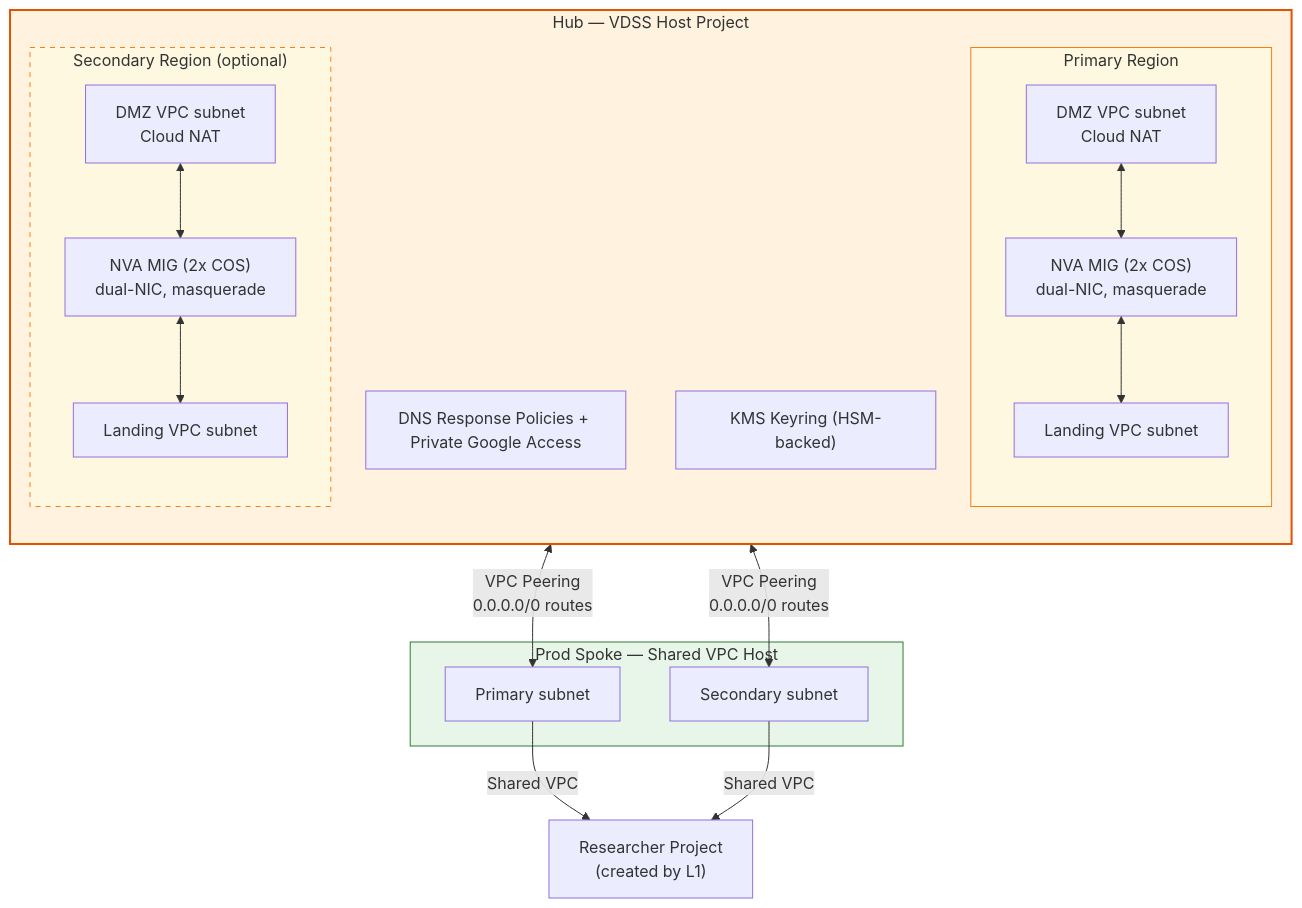
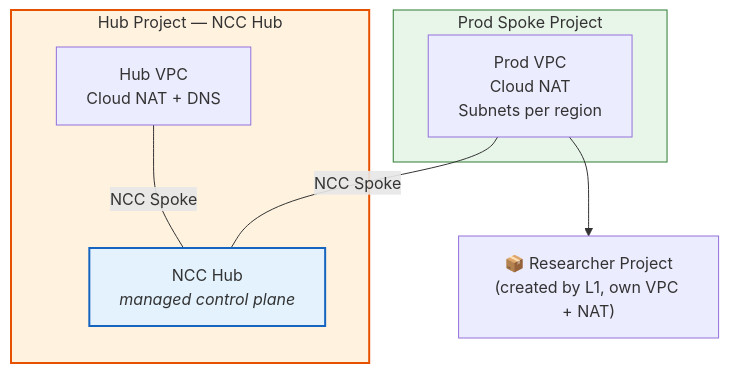
The third of 4 diagrams in README.md (WandLZhang/fast-science-0-stellar-engine), drawn with Mermaid before and after one commit. The commit also changed other lines of this file and 171 other files, not shown here.

````diff
--- a/README.md
+++ b/README.md
@@ -442,36 +445,20 @@
 ```mermaid
 graph TB
-    subgraph HUB["Hub — VDSS Host Project"]
-        direction TB
-        subgraph PRIMARY_REGION["Primary Region"]
-            DMZ1["DMZ VPC subnet<br/>Cloud NAT"]
-            NVA1["NVA MIG (2x COS)<br/>dual-NIC, masquerade"]
-            LAND1["Landing VPC subnet"]
-            DMZ1 <--> NVA1 <--> LAND1
-        end
-        subgraph SECONDARY_REGION["Secondary Region (optional)"]
-            DMZ2["DMZ VPC subnet<br/>Cloud NAT"]
-            NVA2["NVA MIG (2x COS)<br/>dual-NIC, masquerade"]
-            LAND2["Landing VPC subnet"]
-            DMZ2 <--> NVA2 <--> LAND2
-        end
-        DNS["DNS Response Policies + Private Google Access"]
-        KMS["KMS Keyring (HSM-backed)"]
+    subgraph HUB["Hub Project — NCC Hub"]
+        HUB_VPC["Hub VPC<br/>Cloud NAT + DNS"]
+        NCC["NCC Hub<br/><i>managed control plane</i>"]
     end
 
-    subgraph PROD_SPOKE["Prod Spoke — Shared VPC Host"]
-        PVPC1["Primary subnet"]
-        PVPC2["Secondary subnet"]
+    subgraph PROD["Prod Spoke Project"]
+        PVPC["Prod VPC<br/>Cloud NAT<br/>Subnets per region"]
     end
 
-    LAND1 <-->|"VPC Peering<br/>0.0.0.0/0 routes"| PVPC1
-    LAND2 <-->|"VPC Peering<br/>0.0.0.0/0 routes"| PVPC2
+    HUB_VPC ---|"NCC Spoke"| NCC
+    PVPC ---|"NCC Spoke"| NCC
 
-    PVPC1 -->|"Shared VPC"| RESEARCHER["Researcher Project<br/>(created by L1)"]
-    PVPC2 -->|"Shared VPC"| RESEARCHER
+    PVPC --> RESEARCHER["📦 Researcher Project<br/>(created by L1, own VPC + NAT)"]
 
     style HUB fill:#fff3e0,stroke:#e65100,stroke-width:2px
-    style PROD_SPOKE fill:#e8f5e9,stroke:#2e7d32
-    style PRIMARY_REGION fill:#fff8e1,stroke:#f57f17
-    style SECONDARY_REGION fill:#fff8e1,stroke:#f57f17,stroke-dasharray: 5 5
+    style PROD fill:#e8f5e9,stroke:#2e7d32
+    style NCC fill:#e3f2fd,stroke:#1565c0,stroke-width:2px
 ```
````
